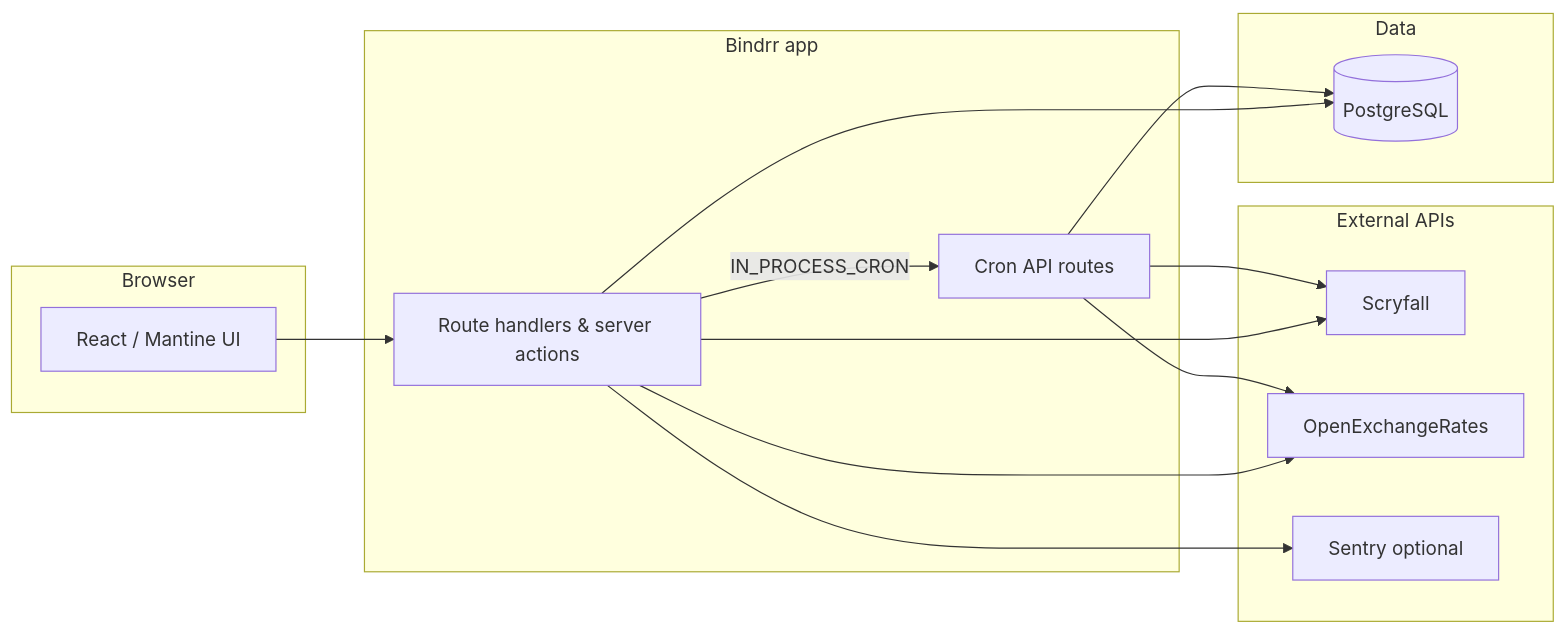
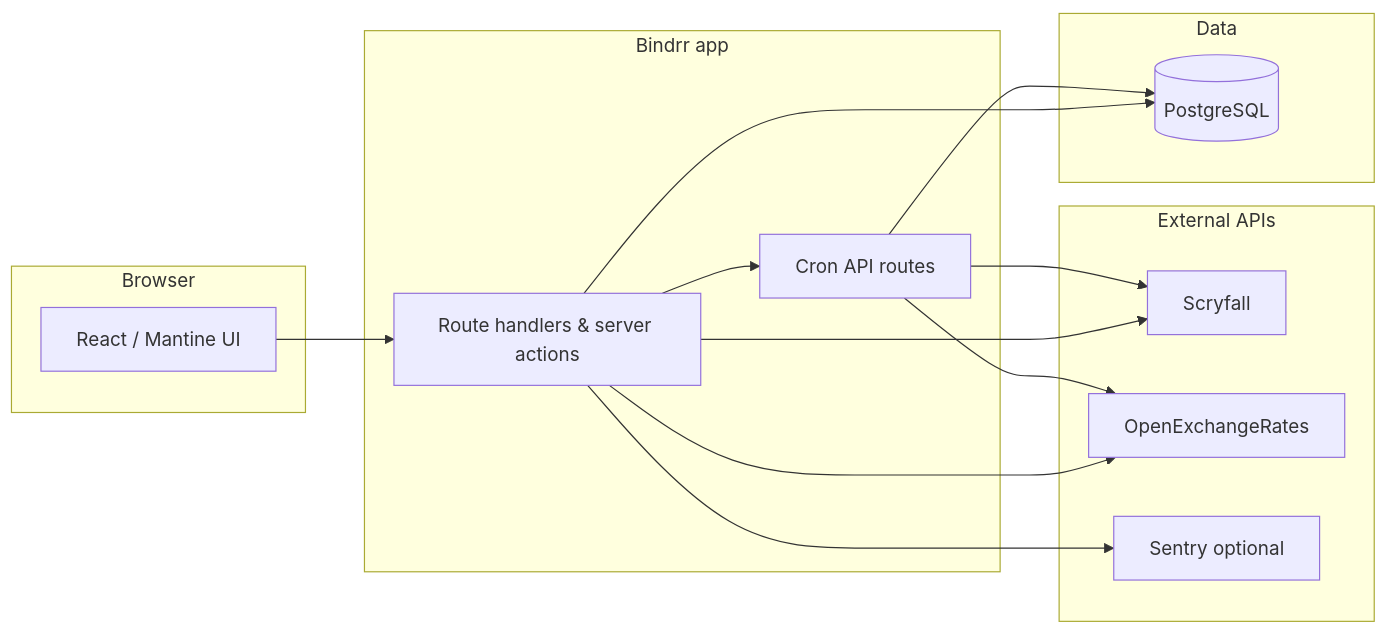
Before and after one commit to zendamacf/bindrr: the diagram in docs/architecture.md, drawn with Mermaid. The commit also changed other lines of this file and 7 other files, not shown here.

First line of the commit message:
refactor(cron): drop IN_PROCESS_CRON; always schedule in production

````diff
--- a/docs/architecture.md
+++ b/docs/architecture.md
@@ -7,31 +7,31 @@
 ```mermaid
 flowchart LR
   subgraph client [Browser]
     UI[React / Mantine UI]
   end
 
   subgraph bindrr [Bindrr app]
     API[Route handlers & server actions]
     Jobs[Cron API routes]
   end
 
   subgraph data [Data]
     PG[(PostgreSQL)]
   end
 
   subgraph external [External APIs]
     SF[Scryfall]
     OXR[OpenExchangeRates]
     Sentry[Sentry optional]
   end
 
   UI --> API
   API --> PG
   API --> SF
   API --> OXR
   API --> Sentry
-  API -->|IN_PROCESS_CRON| Jobs
+  API --> Jobs
   Jobs --> PG
   Jobs --> SF
   Jobs --> OXR
 ```
````
